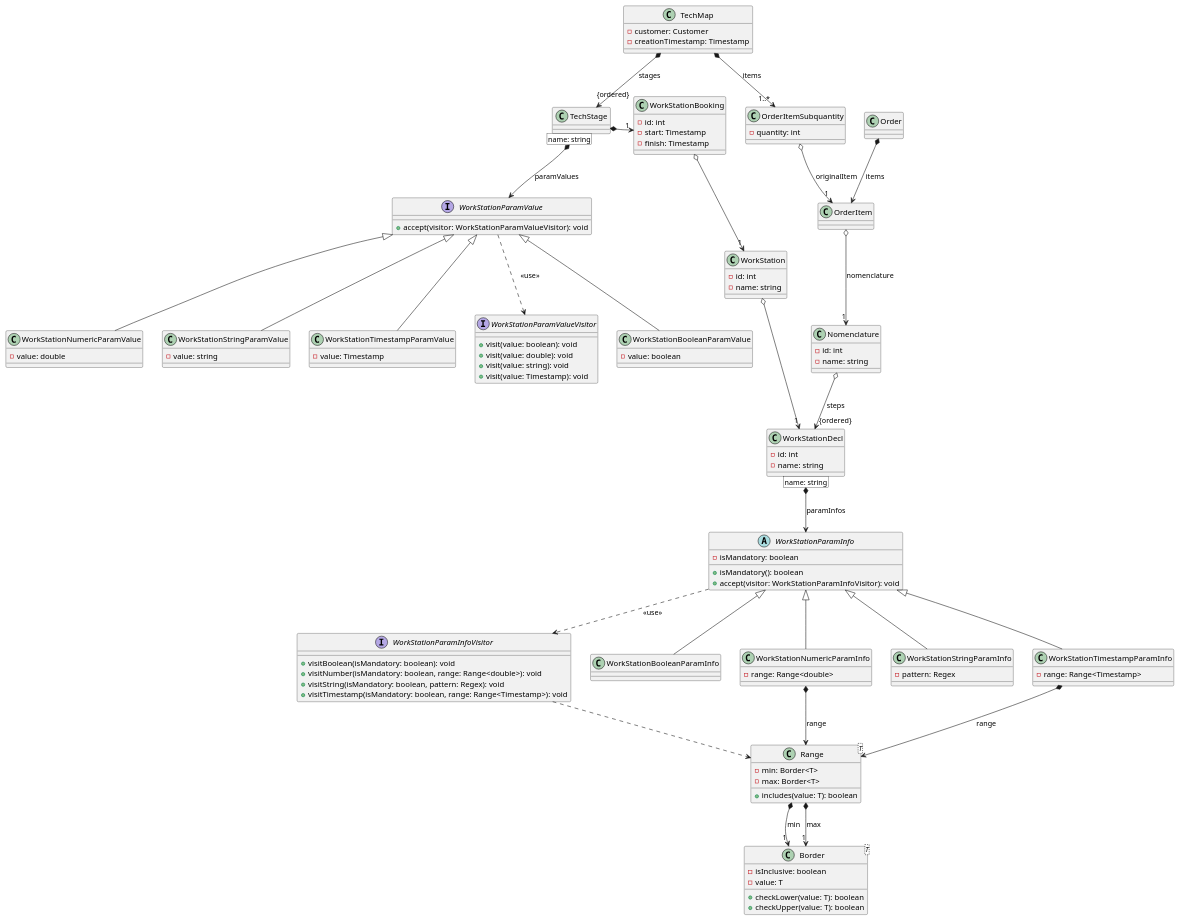
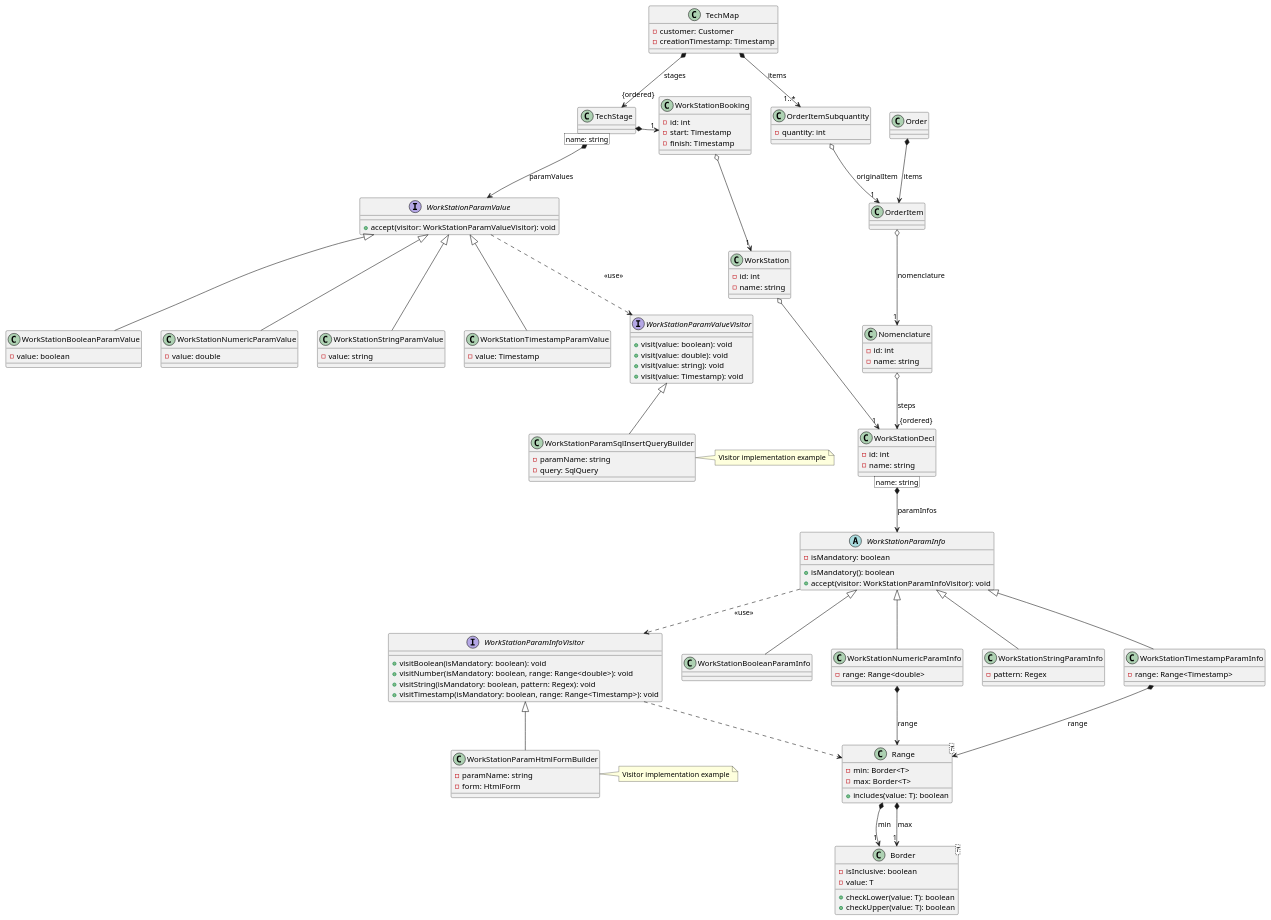
Before and after one commit to aleqsonder/greendy-docs: the diagram in views/logical/model/classes.iuml, drawn with PlantUML.

Commit message:
feat: Add visitor impl examples
- Add WorkStationParamHtmlFormBuilder
  implementing the WorkStationParamInfoVisitor
- Add WorkStationParamSqlInsertQueryBuilder
  implementing the WorkStationParamValueVisitor

```diff
--- a/views/logical/model/classes.iuml
+++ b/views/logical/model/classes.iuml
@@ -1,128 +1,142 @@
 class Order $uc03
 Order *--> OrderItem: items
 
 class OrderItem $uc03
 OrderItem o--> "1" Nomenclature: nomenclature
 
 class Nomenclature $uc03 {
 	- id: int
 	- name: string
 }
 Nomenclature o--> "{ordered}" WorkStationDecl: steps
 
 class WorkStationDecl $uc03 {
 	- id: int
 	- name: string
 }
 WorkStationDecl [name: string] *--> WorkStationParamInfo: paramInfos
 
 abstract class WorkStationParamInfo {
 	- isMandatory: boolean
 	+ isMandatory(): boolean
 	+ accept(visitor: WorkStationParamInfoVisitor): void
 }
 WorkStationParamInfo ..> WorkStationParamInfoVisitor: <<use>>
 WorkStationParamInfo <|-- WorkStationBooleanParamInfo
 WorkStationParamInfo <|-- WorkStationNumericParamInfo
 WorkStationParamInfo <|-- WorkStationStringParamInfo
 WorkStationParamInfo <|-- WorkStationTimestampParamInfo
 
 interface WorkStationParamInfoVisitor {
 	+ visitBoolean(isMandatory: boolean): void
 	+ visitNumber(isMandatory: boolean, range: Range<double>): void
 	+ visitString(isMandatory: boolean, pattern: Regex): void
 	+ visitTimestamp(isMandatory: boolean, range: Range<Timestamp>): void
 }
 WorkStationParamInfoVisitor ..> Range
+WorkStationParamInfoVisitor <|-- WorkStationParamHtmlFormBuilder
 
 class Range<T> $uc03 {
 	- min: Border<T>
 	- max: Border<T>
 	+ includes(value: T): boolean
 }
 Range *--> "1" Border: min
 Range *--> "1" Border: max
 
 class Border<T> {
 	- isInclusive: boolean
 	- value: T
 	+ checkLower(value: T): boolean
 	+ checkUpper(value: T): boolean
 }
+
+class WorkStationParamHtmlFormBuilder $uc03 {
+	- paramName: string
+	- form: HtmlForm
+}
+note right: Visitor implementation example
 
 class WorkStationBooleanParamInfo $uc03
 
 class WorkStationNumericParamInfo $uc03 {
 	- range: Range<double>
 }
 WorkStationNumericParamInfo *--> Range: range
 
 class WorkStationStringParamInfo $uc03 {
 	- pattern: Regex
 }
 
 class WorkStationTimestampParamInfo $uc03 {
 	- range: Range<Timestamp>
 }
 WorkStationTimestampParamInfo *--> Range: range
 
 class TechMap $uc03 {
 	- customer: Customer
 	- creationTimestamp: Timestamp
 }
 TechMap *--> "1..*" OrderItemSubquantity : items
 TechMap *--> "{ordered}" TechStage : stages
 
 class OrderItemSubquantity $uc03 {
 	- quantity: int
 }
 OrderItemSubquantity o--> "1" OrderItem : originalItem
 
 class TechStage $uc03
 TechStage [name: string] *--> WorkStationParamValue: paramValues
 TechStage *-> "1" WorkStationBooking
 
 interface WorkStationParamValue {
 	+ accept(visitor: WorkStationParamValueVisitor): void
 }
 WorkStationParamValue ..> WorkStationParamValueVisitor: <<use>>
 WorkStationParamValue <|-- WorkStationBooleanParamValue
 WorkStationParamValue <|-- WorkStationNumericParamValue
 WorkStationParamValue <|-- WorkStationStringParamValue
 WorkStationParamValue <|-- WorkStationTimestampParamValue
 
 interface WorkStationParamValueVisitor {
 	+ visit(value: boolean): void
 	+ visit(value: double): void
 	+ visit(value: string): void
 	+ visit(value: Timestamp): void
 }
+WorkStationParamValueVisitor <|-- WorkStationParamSqlInsertQueryBuilder
+
+class WorkStationParamSqlInsertQueryBuilder $uc03 {
+	- paramName: string
+	- query: SqlQuery
+}
+note right: Visitor implementation example
 
 class WorkStationBooleanParamValue {
 	- value: boolean
 }
 
 class WorkStationNumericParamValue {
 	- value: double
 }
 
 class WorkStationStringParamValue {
 	- value: string
 }
 
 class WorkStationTimestampParamValue {
 	- value: Timestamp
 }
 
 class WorkStationBooking $uc03 {
 	- id: int
 	- start: Timestamp
 	- finish: Timestamp
 }
 WorkStationBooking o--> "1" WorkStation
 
 class WorkStation $uc03 {
 	- id: int
 	- name: string
 }
 WorkStation o-> "1" WorkStationDecl
```
